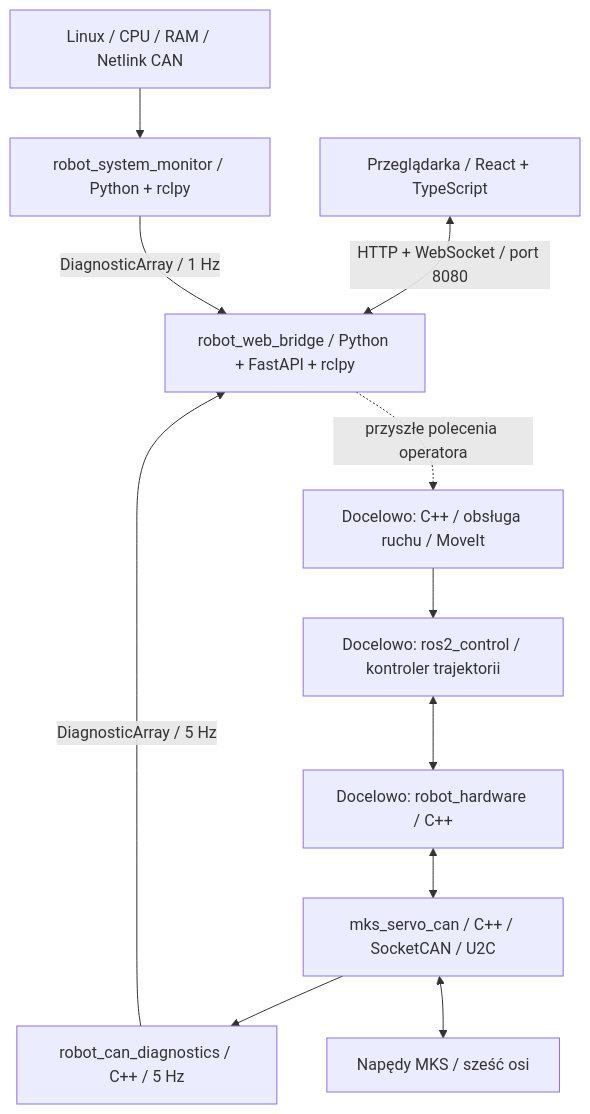
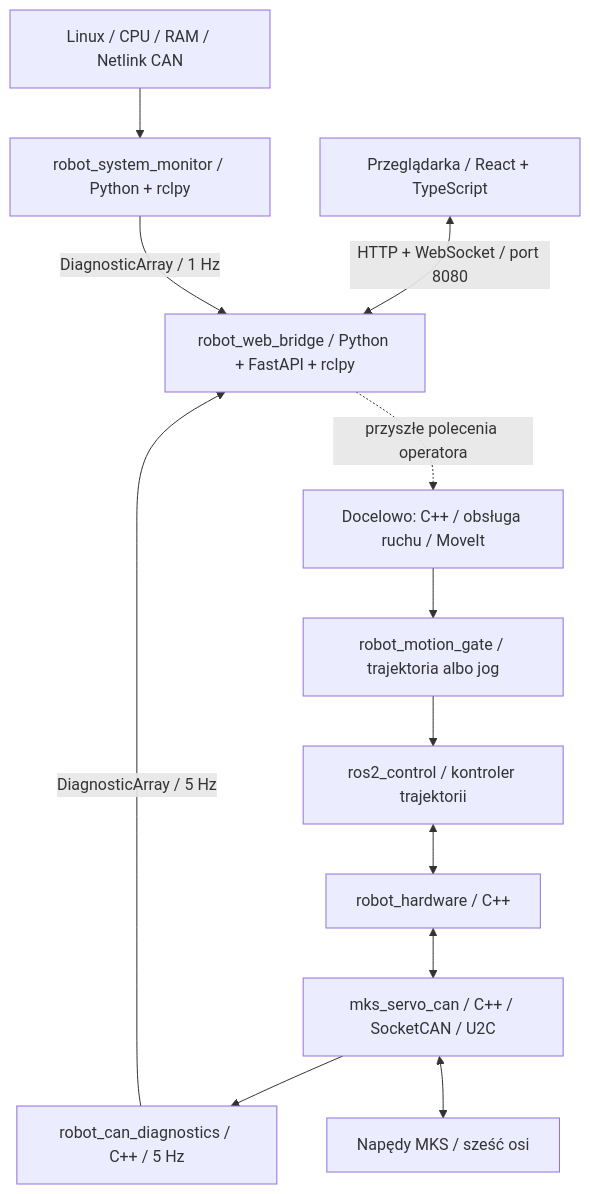
Before and after one commit to Majster1234/MAGNIUS: the diagram in docs/architecture.md, drawn with Mermaid. The commit also changed other lines of this file and 83 other files, not shown here.

````diff
--- a/docs/architecture.md
+++ b/docs/architecture.md
@@ -17,23 +20,24 @@
 ```mermaid
 flowchart TD
     UI[Przeglądarka / React + TypeScript]
     API[robot_web_bridge / Python + FastAPI + rclpy]
     MON[robot_system_monitor / Python + rclpy]
     LINUX[Linux / CPU / RAM / Netlink CAN]
     MOVE[Docelowo: C++ / obsługa ruchu / MoveIt]
-    CTRL[Docelowo: ros2_control / kontroler trajektorii]
-    HW[Docelowo: robot_hardware / C++]
+    GATE[robot_motion_gate / trajektoria albo jog]
+    CTRL[ros2_control / kontroler trajektorii]
+    HW[robot_hardware / C++]
     DIAG[robot_can_diagnostics / C++ / 5 Hz]
     CAN[mks_servo_can / C++ / SocketCAN / U2C]
     DRIVES[Napędy MKS / sześć osi]
     UI <-->|HTTP + WebSocket / port 8080| API
     LINUX --> MON
     MON -->|DiagnosticArray / 1 Hz| API
     CAN --> DIAG
     DIAG -->|DiagnosticArray / 5 Hz| API
     API -. przyszłe polecenia operatora .-> MOVE
-    MOVE --> CTRL
+    MOVE --> GATE --> CTRL
     CTRL <--> HW
     HW <--> CAN
     CAN <--> DRIVES
 ```
````
